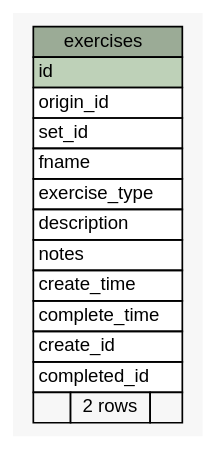
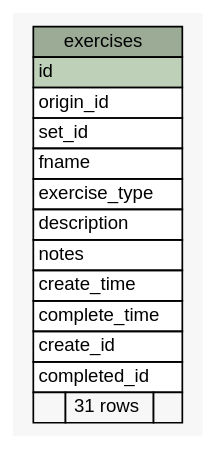
One commit to btv/DED_backend changed the diagram in dbDocs/diagrams/summary/exercises.1degree.dot. Above: the diagram before and after it, drawn with Graphviz. The commit also changed 23 other files, not shown here.

```diff
--- a/dbDocs/diagrams/summary/exercises.1degree.dot
+++ b/dbDocs/diagrams/summary/exercises.1degree.dot
@@ -1,40 +1,40 @@
 // dot 2.42.3 on Mac OS X 10.15.4
 // SchemaSpy rev 590
 digraph "exercises" {
   graph [
     rankdir="RL"
     bgcolor="#f7f7f7"
     nodesep="0.18"
     ranksep="0.46"
     fontname="Helvetica"
     fontsize="11"
   ];
   node [
     fontname="Helvetica"
     fontsize="11"
     shape="plaintext"
   ];
   edge [
     arrowsize="0.8"
   ];
   "exercises" [
     label=<
     <TABLE BORDER="0" CELLBORDER="1" CELLSPACING="0" BGCOLOR="#ffffff">
       <TR><TD COLSPAN="3" BGCOLOR="#9bab96" ALIGN="CENTER">exercises</TD></TR>
       <TR><TD PORT="id" COLSPAN="3" BGCOLOR="#bed1b8" ALIGN="LEFT">id</TD></TR>
       <TR><TD PORT="origin_id" COLSPAN="3" ALIGN="LEFT">origin_id</TD></TR>
       <TR><TD PORT="set_id" COLSPAN="3" ALIGN="LEFT">set_id</TD></TR>
       <TR><TD PORT="fname" COLSPAN="3" ALIGN="LEFT">fname</TD></TR>
       <TR><TD PORT="exercise_type" COLSPAN="3" ALIGN="LEFT">exercise_type</TD></TR>
       <TR><TD PORT="description" COLSPAN="3" ALIGN="LEFT">description</TD></TR>
       <TR><TD PORT="notes" COLSPAN="3" ALIGN="LEFT">notes</TD></TR>
       <TR><TD PORT="create_time" COLSPAN="3" ALIGN="LEFT">create_time</TD></TR>
       <TR><TD PORT="complete_time" COLSPAN="3" ALIGN="LEFT">complete_time</TD></TR>
       <TR><TD PORT="create_id" COLSPAN="3" ALIGN="LEFT">create_id</TD></TR>
       <TR><TD PORT="completed_id" COLSPAN="3" ALIGN="LEFT">completed_id</TD></TR>
-      <TR><TD ALIGN="LEFT" BGCOLOR="#f7f7f7">  </TD><TD ALIGN="RIGHT" BGCOLOR="#f7f7f7">2 rows</TD><TD ALIGN="RIGHT" BGCOLOR="#f7f7f7">  </TD></TR>
+      <TR><TD ALIGN="LEFT" BGCOLOR="#f7f7f7">  </TD><TD ALIGN="RIGHT" BGCOLOR="#f7f7f7">31 rows</TD><TD ALIGN="RIGHT" BGCOLOR="#f7f7f7">  </TD></TR>
     </TABLE>>
     URL="tables/exercises.html"
     tooltip="exercises"
   ];
 }
```
